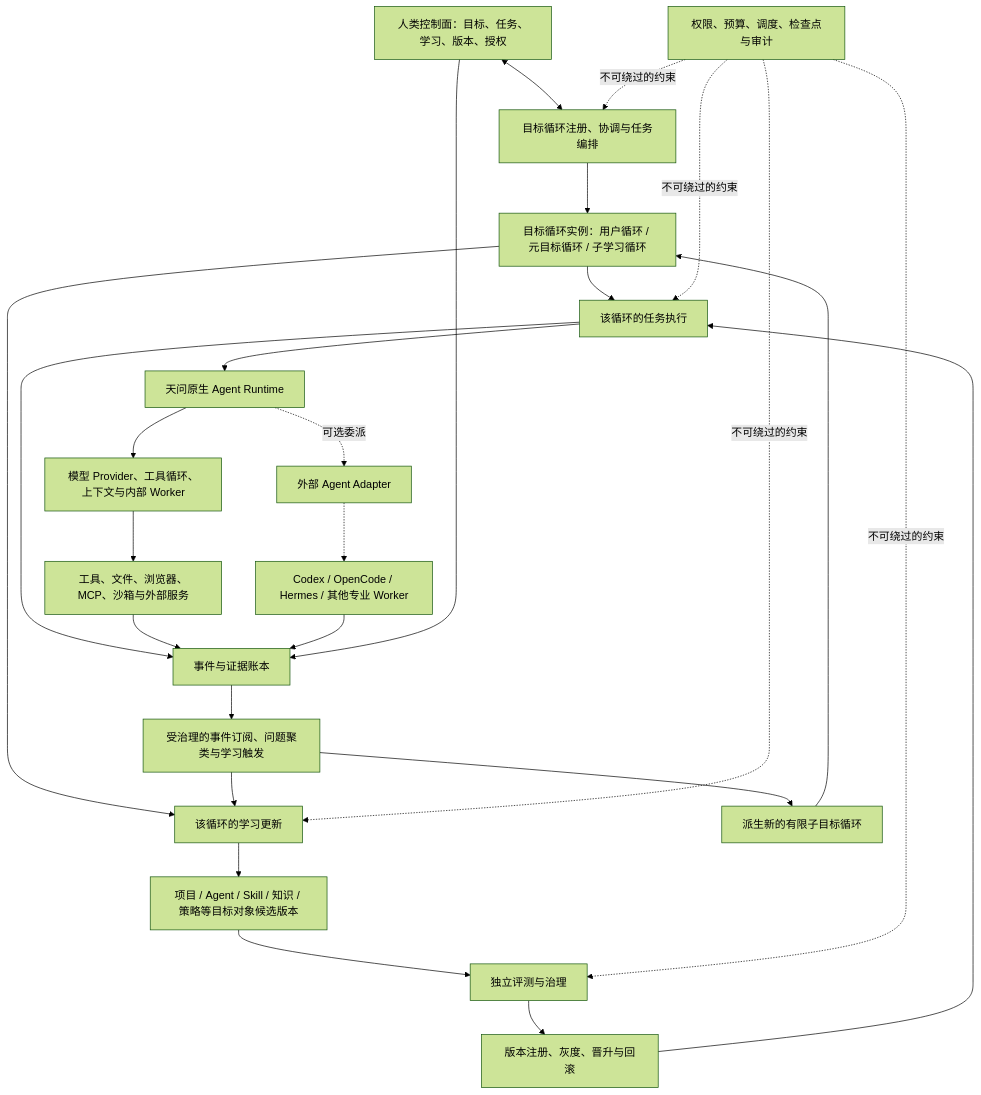
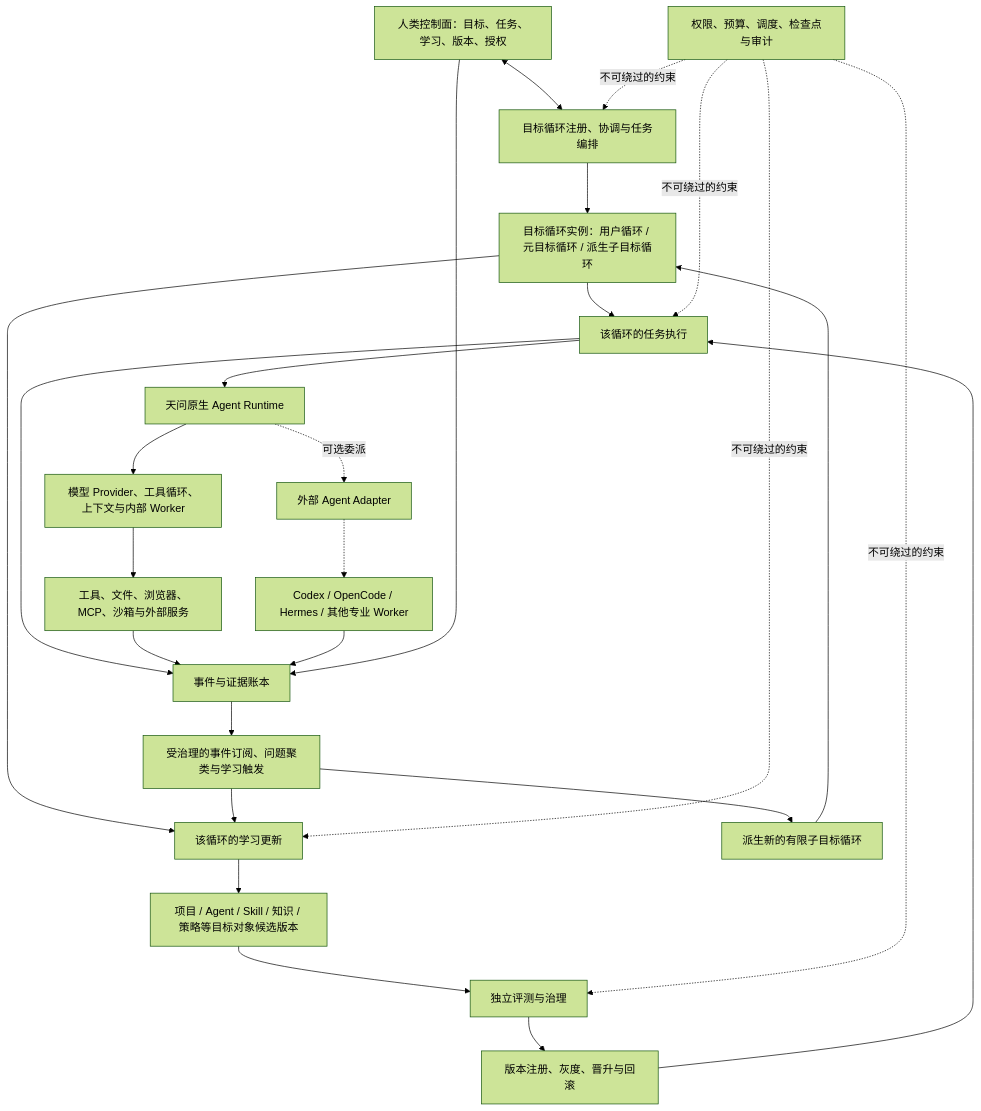
One commit to daydreamer0213/Tian-wen changed the first of 3 diagrams in docs/continuous-learning-agent-research-notes.md. Above: the diagram before and after it, drawn with Mermaid (forest theme). The commit also changed other lines of this file and 1 other file, not shown here.

````diff
--- a/docs/continuous-learning-agent-research-notes.md
+++ b/docs/continuous-learning-agent-research-notes.md
@@ -2271,33 +2276,33 @@
 ```mermaid
 flowchart TB
     H["人类控制面：目标、任务、学习、版本、授权"] <--> O["目标循环注册、协调与任务编排"]
 
-    O --> Q["目标循环实例：用户循环 / 元目标循环 / 子学习循环"]
+    O --> Q["目标循环实例：用户循环 / 元目标循环 / 派生子目标循环"]
     Q --> X["该循环的任务执行"]
     Q --> L["该循环的学习更新"]
 
     X --> R["天问原生 Agent Runtime"]
     R --> M["模型 Provider、工具循环、上下文与内部 Worker"]
     M --> T["工具、文件、浏览器、MCP、沙箱与外部服务"]
     R -. "可选委派" .-> A["外部 Agent Adapter"]
     A -.-> W["Codex / OpenCode / Hermes / 其他专业 Worker"]
 
     X --> E["事件与证据账本"]
     T --> E
     W --> E
     H --> E
 
     E --> S["受治理的事件订阅、问题聚类与学习触发"]
     S --> L
     S --> N["派生新的有限子目标循环"]
     N --> Q
     L --> C["项目 / Agent / Skill / 知识 / 策略等目标对象候选版本"]
     C --> V["独立评测与治理"]
     V --> G["版本注册、灰度、晋升与回滚"]
     G --> X
 
     P["权限、预算、调度、检查点与审计"] -. "不可绕过的约束" .-> O
     P -. "不可绕过的约束" .-> X
     P -. "不可绕过的约束" .-> L
     P -. "不可绕过的约束" .-> V
 ```
````
